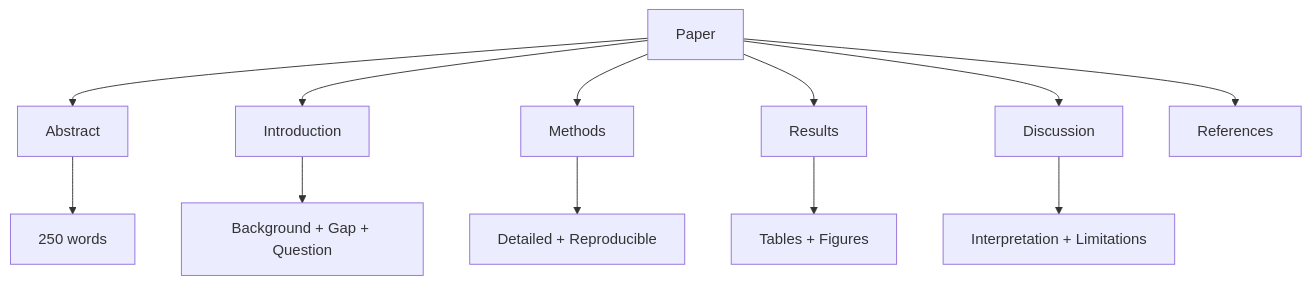
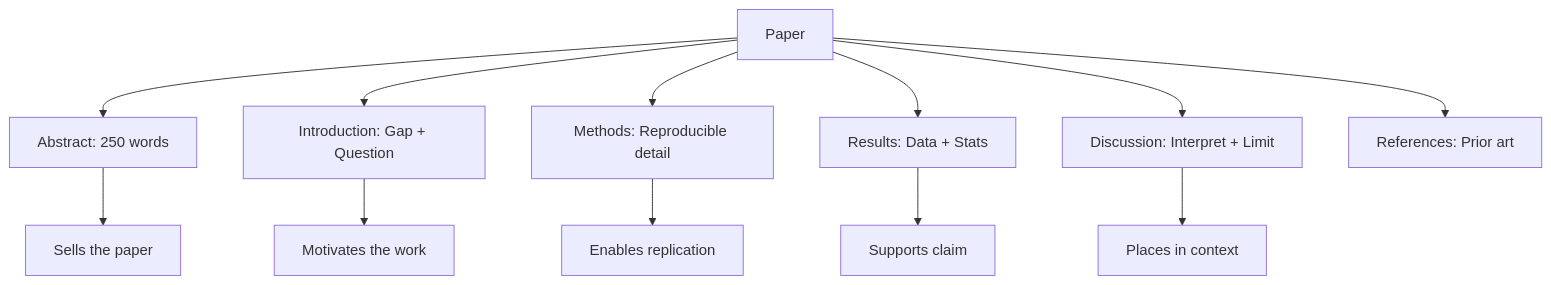
The third of 5 diagrams in 01_BSc_Physics/electives/PHYS_3090X_Directed_Studies_II/README.md (yip-lgtm/PhysicsSelfStudy), drawn with Mermaid before and after one commit. The commit also changed other lines of this file and 17 other files, not shown here.

````diff
--- a/01_BSc_Physics/electives/PHYS_3090X_Directed_Studies_II/README.md
+++ b/01_BSc_Physics/electives/PHYS_3090X_Directed_Studies_II/README.md
@@ -241,14 +572,14 @@
 ```mermaid
 graph TD
-    A[Paper] --> B[Abstract]
-    A --> C[Introduction]
-    A --> D[Methods]
-    A --> E[Results]
-    A --> F[Discussion]
-    A --> G[References]
-    B --> H[250 words]
-    C --> I[Background + Gap + Question]
-    D --> J[Detailed + Reproducible]
-    E --> K[Tables + Figures]
-    F --> L[Interpretation + Limitations]
+    A[Paper] --> B[Abstract: 250 words]
+    A --> C[Introduction: Gap + Question]
+    A --> D[Methods: Reproducible detail]
+    A --> E[Results: Data + Stats]
+    A --> F[Discussion: Interpret + Limit]
+    A --> G[References: Prior art]
+    B --> H[Sells the paper]
+    C --> I[Motivates the work]
+    D --> J[Enables replication]
+    E --> K[Supports claim]
+    F --> L[Places in context]
 ```
````
